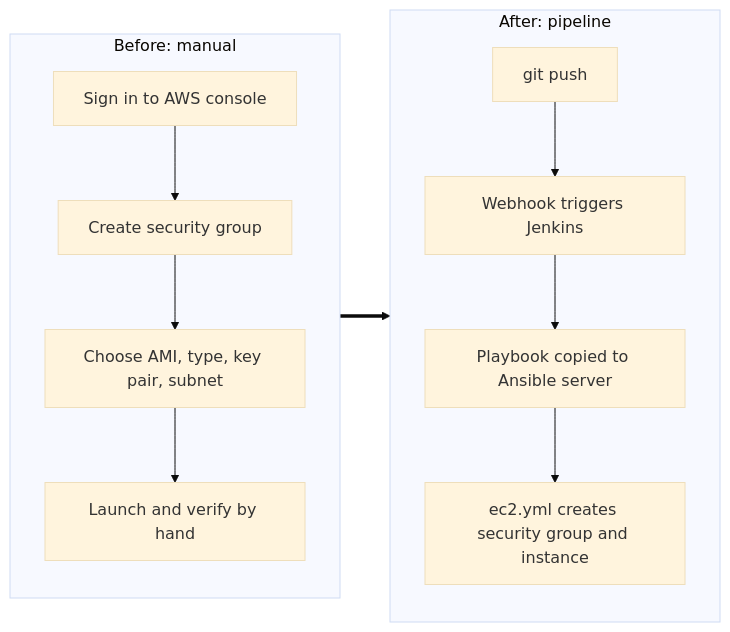
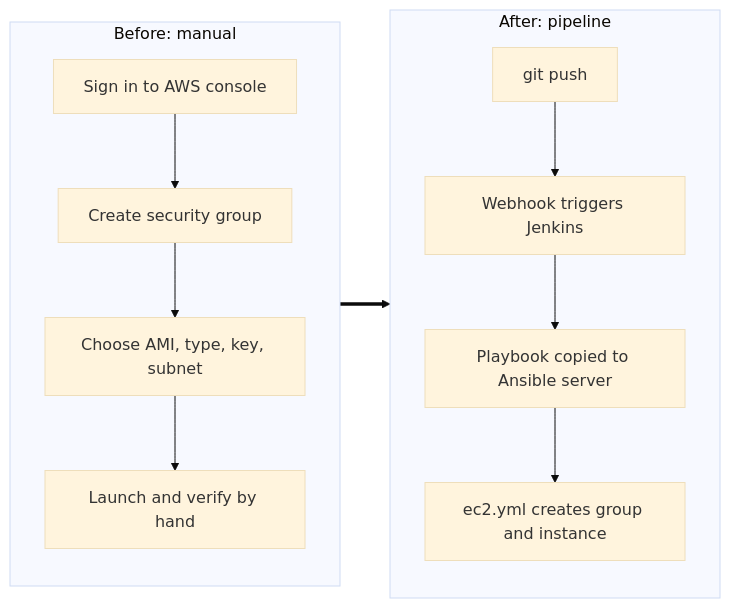
Before and after one commit to PushpenderKumar7505/PushpenderKumar7505: the eighth of 8 diagrams in README.md, drawn with Mermaid (base theme). The commit also changed other lines of this file, not shown here.

````diff
--- a/README.md
+++ b/README.md
@@ -392,12 +296,12 @@
 ```mermaid
 flowchart LR
     subgraph BEFORE["Before: manual"]
         direction TB
-        M1["Sign in to AWS console"] --> M2["Create security group"] --> M3["Choose AMI, type, key pair, subnet"] --> M4["Launch and verify by hand"]
+        M1["Sign in to AWS console"] --> M2["Create security group"] --> M3["Choose AMI, type, key, subnet"] --> M4["Launch and verify by hand"]
     end
     subgraph AFTER["After: pipeline"]
         direction TB
-        A1["git push"] --> A2["Webhook triggers Jenkins"] --> A3["Playbook copied to Ansible server"] --> A4["ec2.yml creates security group and instance"]
+        A1["git push"] --> A2["Webhook triggers Jenkins"] --> A3["Playbook copied to Ansible server"] --> A4["ec2.yml creates group and instance"]
     end
     BEFORE ==> AFTER
 ```
````
